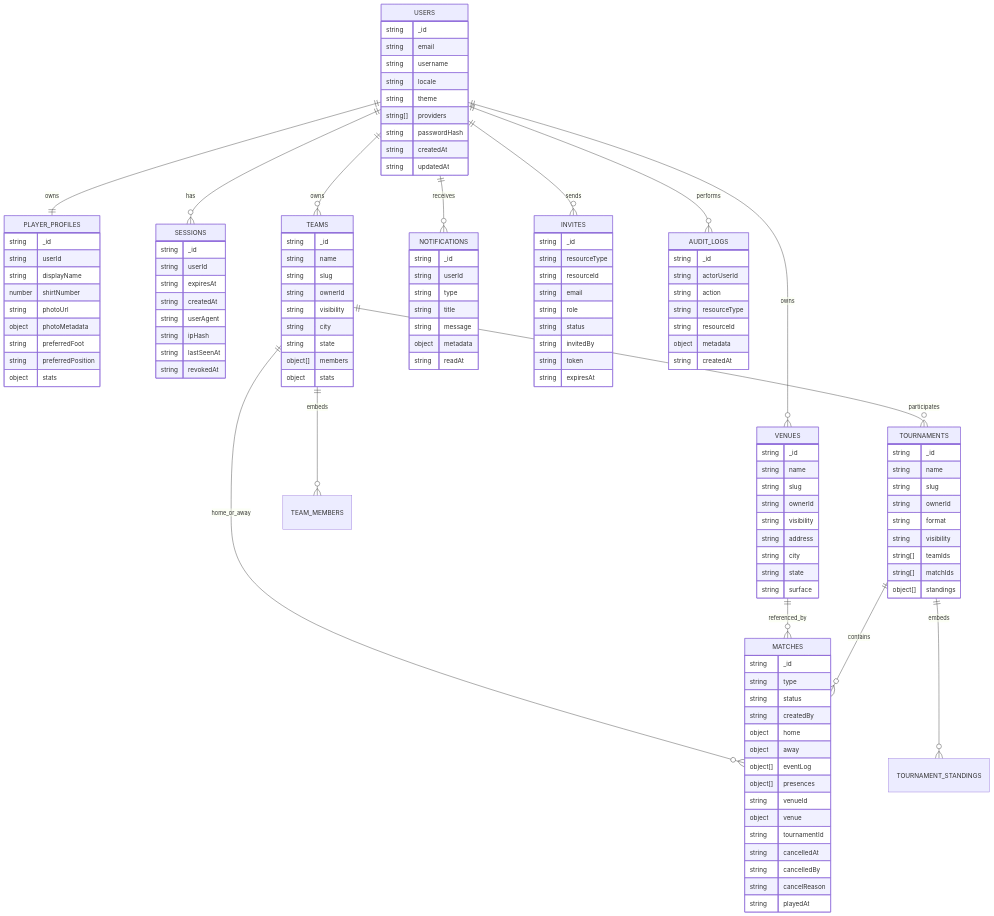
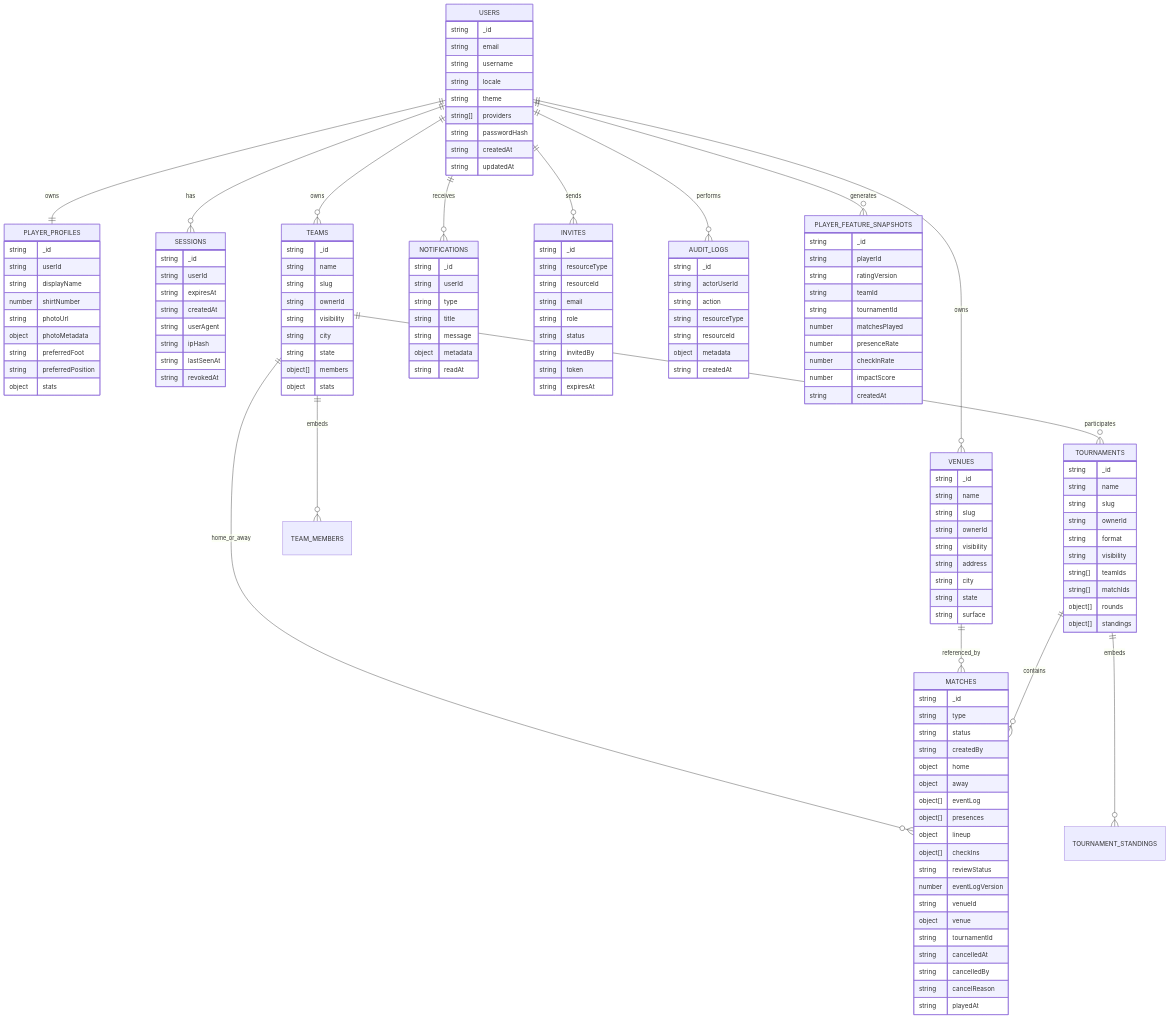
One commit to nalbcosta/soccer_stats changed the first of 8 diagrams in docs/backend/mongo-collections.md. Above: the diagram before and after it, drawn with Mermaid. The commit also changed other lines of this file and 20 other files, not shown here.

First line of the commit message:
feat: add check-in and lineup features for match management

```diff
--- a/docs/backend/mongo-collections.md
+++ b/docs/backend/mongo-collections.md
@@ -15,6 +15,7 @@
   USERS ||--o{ NOTIFICATIONS : receives
   USERS ||--o{ INVITES : sends
   USERS ||--o{ AUDIT_LOGS : performs
+  USERS ||--o{ PLAYER_FEATURE_SNAPSHOTS : generates
 
   TEAMS ||--o{ TEAM_MEMBERS : embeds
   TEAMS ||--o{ MATCHES : home_or_away
@@ -81,6 +82,10 @@
     object away
     object[] eventLog
     object[] presences
+    object lineup
+    object[] checkIns
+    string reviewStatus
+    number eventLogVersion
     string venueId
     object venue
     string tournamentId
@@ -99,7 +104,21 @@
     string visibility
     string[] teamIds
     string[] matchIds
+    object[] rounds
     object[] standings
+  }
+
+  PLAYER_FEATURE_SNAPSHOTS {
+    string _id
+    string playerId
+    string ratingVersion
+    string teamId
+    string tournamentId
+    number matchesPlayed
+    number presenceRate
+    number checkInRate
+    number impactScore
+    string createdAt
   }
 
   INVITES {
```
